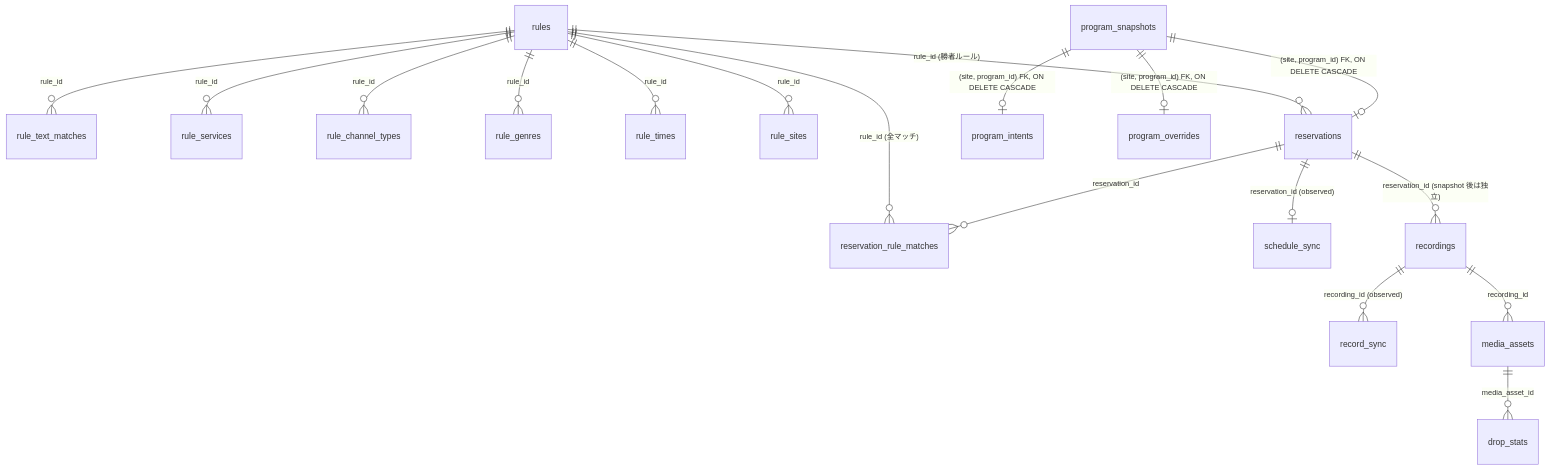
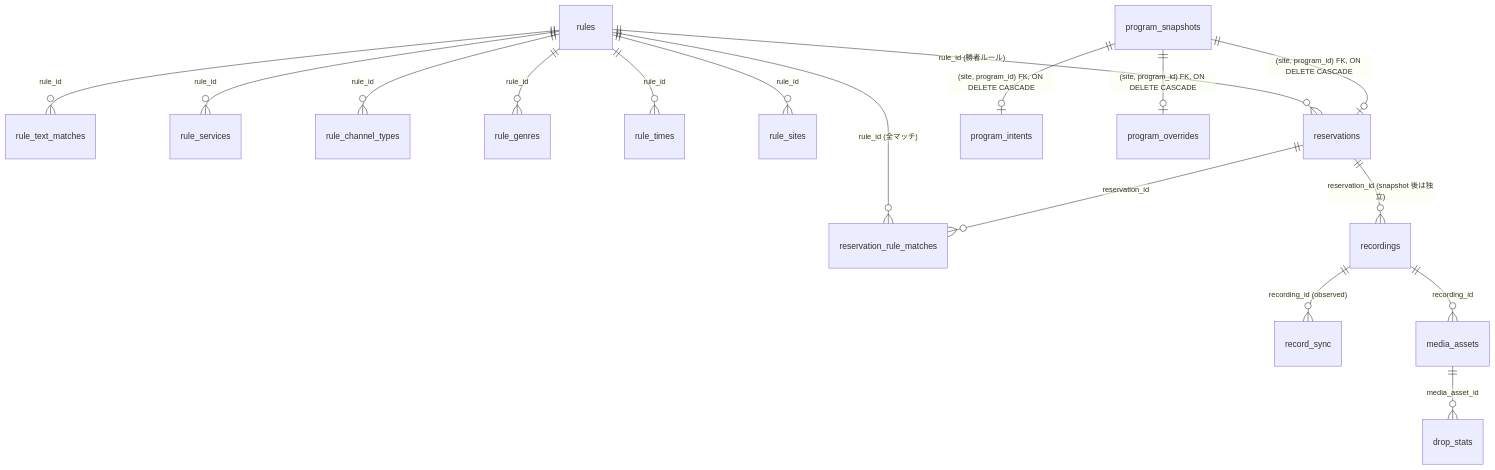
The diagram in docs/schema.md (fetburner/rokuban), drawn with Mermaid before and after one commit. The commit also changed 2 other files, not shown here.

Commit message:
#148 レビュー対応: schedule_sync.reservation_id 削除後の doc とテストを直す
docs/schema/schedule-sync.md と docs/schema.md の ER 図が 00027 で落とした
列・索引・FK をまだ権威的事実として記述していた。CREATE TABLE から
reservation_id とそのコメントを削り、削除対象の軸を「もう存在しない列との
対比」ではなく mirakc.IsOurs(tags) の積極的な記述に直す。経緯は 00027 に
既にあるので doc 側は 1 行のポインタに留める。

internal/db/models_test.go の反対方向の確認は、ON DELETE SET NULL の FK が
残っていても DELETE 後に行が残ることは成立するため、FK 消滅の証拠になって
いなかった（空虚なアサーション）。pg_constraint / pg_indexes を直接見て
FK・索引が実際に落ちていることを確認する形に置き換える。Up の DROP 文を
無効化して壊れることを確認済み。

````diff
--- a/docs/schema.md
+++ b/docs/schema.md
@@ -29,20 +29,19 @@
 ```mermaid
 erDiagram
     rules ||--o{ rule_text_matches : "rule_id"
     rules ||--o{ rule_services : "rule_id"
     rules ||--o{ rule_channel_types : "rule_id"
     rules ||--o{ rule_genres : "rule_id"
     rules ||--o{ rule_times : "rule_id"
     rules ||--o{ rule_sites : "rule_id"
     rules ||--o{ reservations : "rule_id (勝者ルール)"
     rules ||--o{ reservation_rule_matches : "rule_id (全マッチ)"
     reservations ||--o{ reservation_rule_matches : "reservation_id"
     program_snapshots ||--o| reservations : "(site, program_id) FK, ON DELETE CASCADE"
     program_snapshots ||--o| program_intents : "(site, program_id) FK, ON DELETE CASCADE"
     program_snapshots ||--o| program_overrides : "(site, program_id) FK, ON DELETE CASCADE"
-    reservations ||--o| schedule_sync : "reservation_id (observed)"
     reservations ||--o{ recordings : "reservation_id (snapshot 後は独立)"
     recordings ||--o{ record_sync : "recording_id (observed)"
     recordings ||--o{ media_assets : "recording_id"
     media_assets ||--o{ drop_stats : "media_asset_id"
 ```
````
